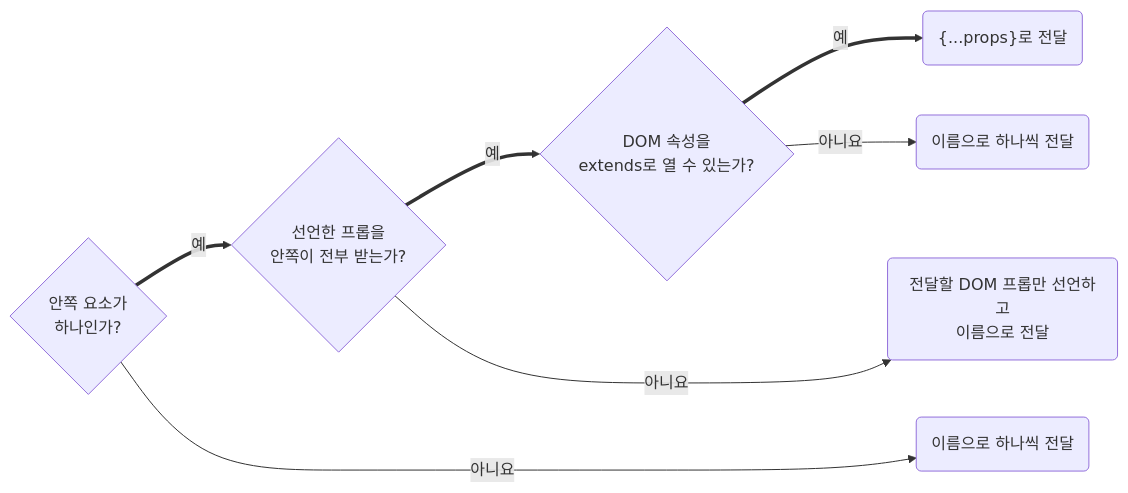
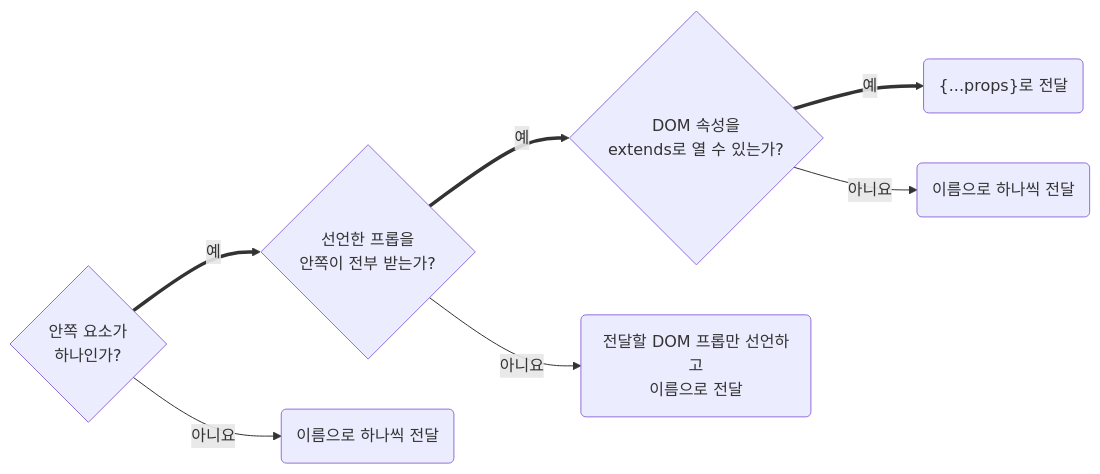
Before and after one commit to minu-ha/agent-conventions: the second of 2 diagrams in skill/react/HANDBOOK.md, drawn with Mermaid. The commit also changed 6 other files, not shown here.

````diff
--- a/skill/react/HANDBOOK.md
+++ b/skill/react/HANDBOOK.md
@@ -1505,10 +1505,7 @@
 ```mermaid
 flowchart LR
 	q1{"안쪽 요소가<br>하나인가?"} == 예 ==> q2{"선언한 프롭을<br>안쪽이 전부 받는가?"} == 예 ==> q3{"DOM 속성을<br>extends로 열 수 있는가?"} == 예 ==> r3("{...props}로 전달"):::yes
-	q3 -- 아니요 --> r4("이름으로 하나씩 전달"):::no
-	q2 -- 아니요 --> r2("전달할 DOM 프롭만 선언하고<br>이름으로 전달"):::no
-	q1 -- 아니요 --> r1("이름으로 하나씩 전달"):::no
-	%% 결과 상자를 한 열에 맞추는 보이지 않는 선
-	q3 ~~~ r2
-	q3 ~~~ r1
+	q1 -- 아니요 --> r1("이름으로 하나씩 전달")
+	q2 -- 아니요 --> r2("전달할 DOM 프롭만 선언하고<br>이름으로 전달")
+	q3 -- 아니요 --> r4("이름으로 하나씩 전달")
 ```
````
